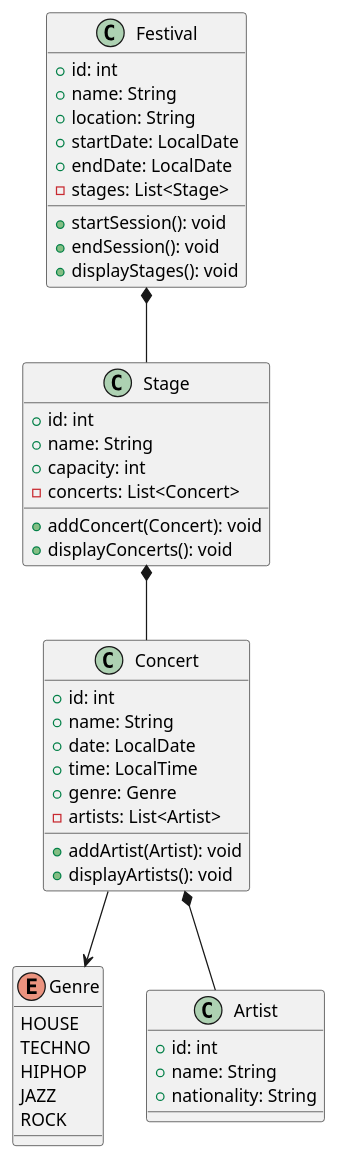
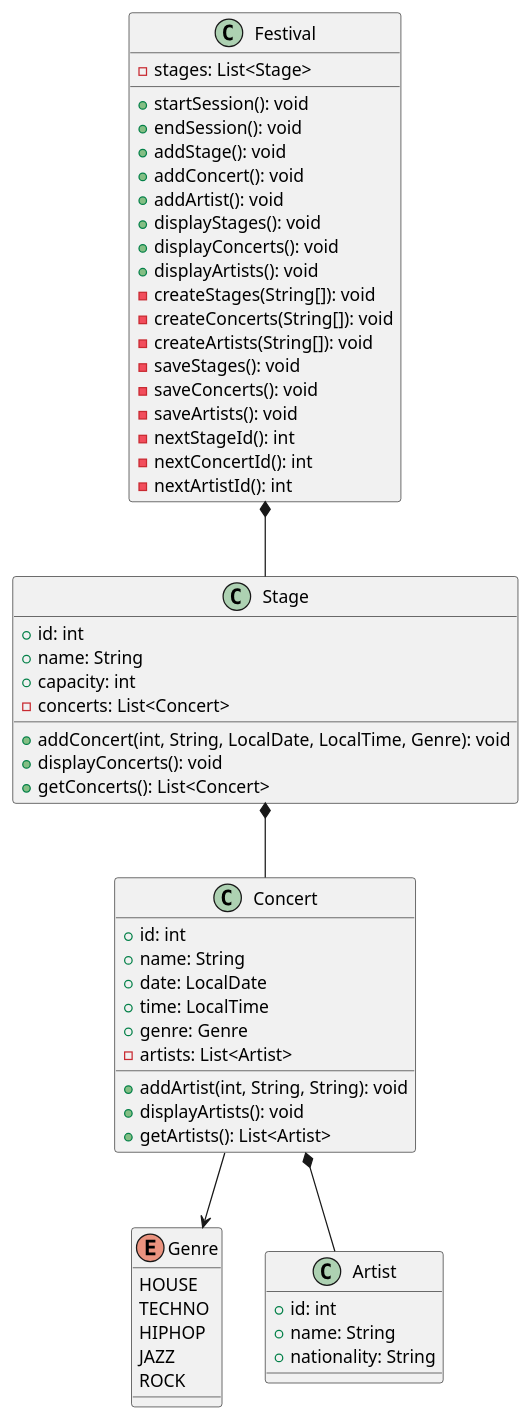
Before and after one commit to Dat1Cphbusiness/FestivalSystem: the diagram in doc/classdiagram.puml, drawn with PlantUML. The commit also changed 6 other files, not shown here.

```diff
--- a/doc/classdiagram.puml
+++ b/doc/classdiagram.puml
@@ -1,54 +1,65 @@
 @startuml
 
 enum Genre {
     HOUSE
     TECHNO
     HIPHOP
     JAZZ
     ROCK
 }
 
 class Festival {
-    +id: int
-    +name: String
-    +location: String
-    +startDate: LocalDate
-    +endDate: LocalDate
     -stages: List<Stage>
     +startSession(): void
     +endSession(): void
+    +addStage(): void
+    +addConcert(): void
+    +addArtist(): void
     +displayStages(): void
+    +displayConcerts(): void
+    +displayArtists(): void
+    -createStages(String[]): void
+    -createConcerts(String[]): void
+    -createArtists(String[]): void
+    -saveStages(): void
+    -saveConcerts(): void
+    -saveArtists(): void
+    -nextStageId(): int
+    -nextConcertId(): int
+    -nextArtistId(): int
 }
 
 class Stage {
     +id: int
     +name: String
     +capacity: int
     -concerts: List<Concert>
-    +addConcert(Concert): void
+    +addConcert(int, String, LocalDate, LocalTime, Genre): void
     +displayConcerts(): void
+    +getConcerts(): List<Concert>
 }
 
 class Concert {
     +id: int
     +name: String
     +date: LocalDate
     +time: LocalTime
     +genre: Genre
     -artists: List<Artist>
-    +addArtist(Artist): void
+    +addArtist(int, String, String): void
     +displayArtists(): void
+    +getArtists(): List<Artist>
 }
 
 class Artist {
     +id: int
     +name: String
     +nationality: String
 }
 
 Festival *-- Stage
 Stage *-- Concert
 Concert *-- Artist
 Concert --> Genre
 
 @enduml
```
